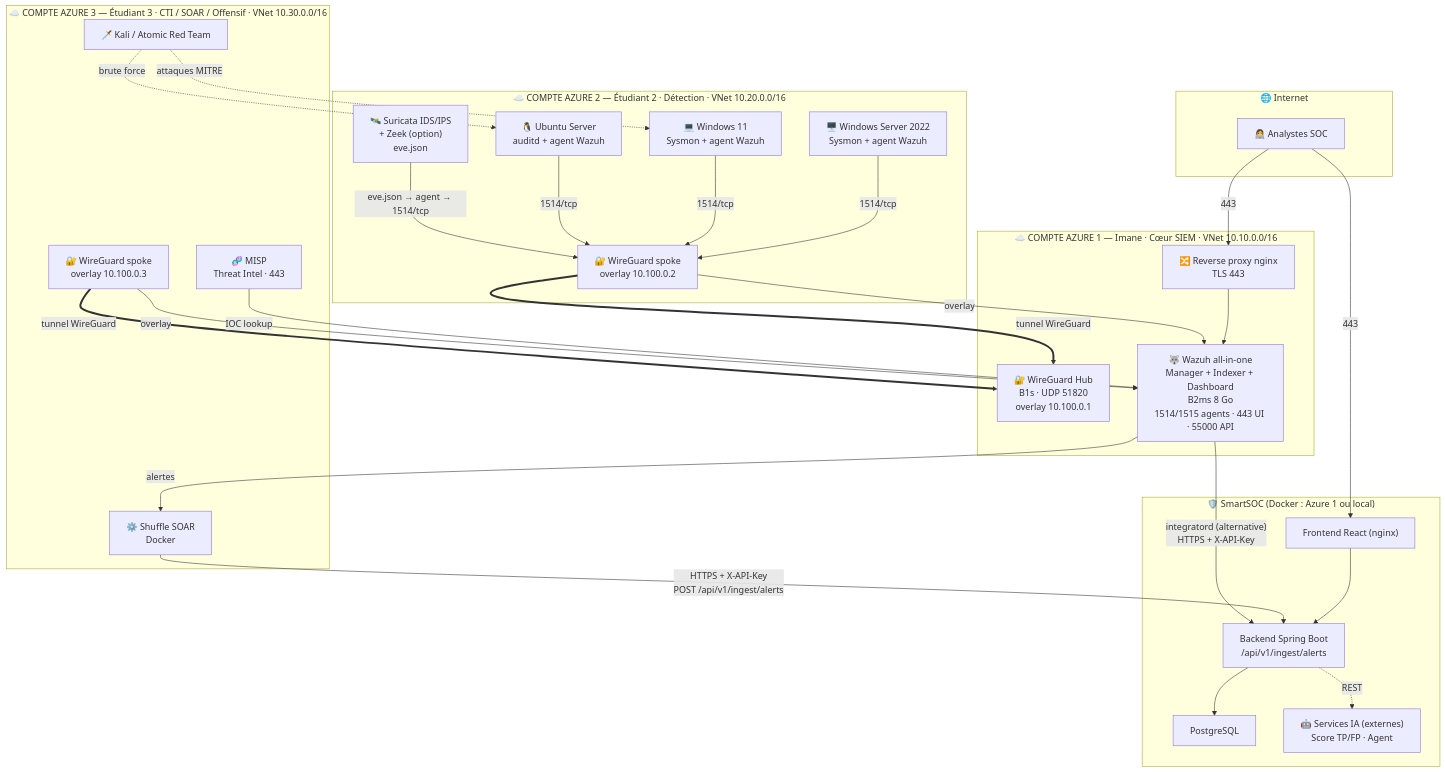
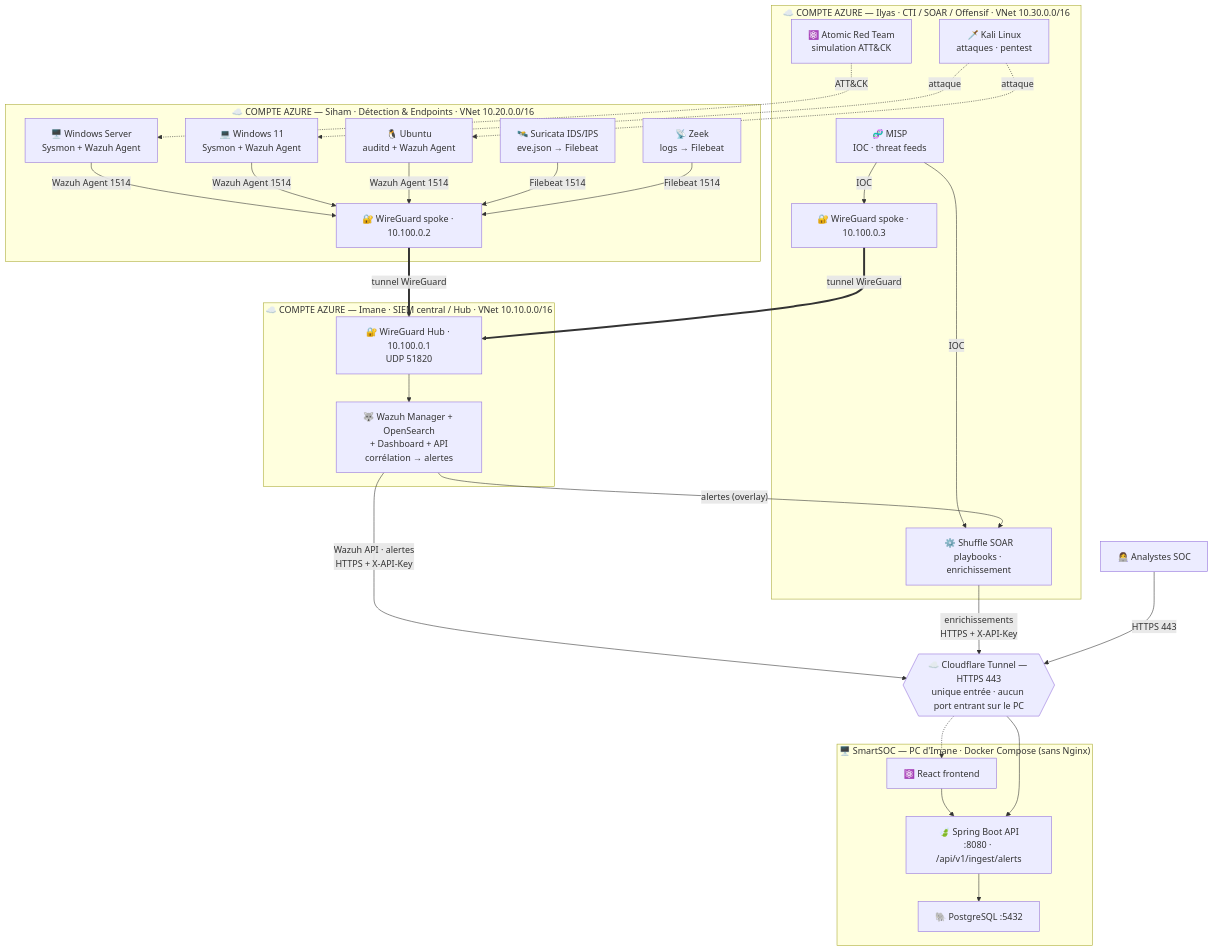
Before and after one commit to imanehajjou2025-lab/smartsoc-enterprise: the diagram in docs/architecture/soc/SOC-ARCHITECTURE.md, drawn with Mermaid. The commit also changed other lines of this file and 1 other file, not shown here.

Commit message:
docs(soc): correct SOC architecture diagram and flows
- Remove Nginx entirely: Cloudflare Tunnel exposes Spring Boot directly
  as the single HTTPS entry point (outbound-only, no inbound port on PC)
- Siham (detection) never talks to SmartSOC: only sends logs to Imane's
  Wazuh Manager via WireGuard
- Two paths to SmartSOC (Wazuh API and Shuffle), both via Cloudflare
  Tunnel only
- MISP feeds IOC to both Wazuh and Shuffle
- Explicit attack flow: Ilyas (Kali/Atomic Red Team) -> Siham endpoints
  -> detection -> Wazuh -> correlation -> alerts
- Use real student names (Siham, Ilyas) instead of Etudiant 2/3
- Update ports table, roadmap, integration flow and PFE journal

````diff
--- a/docs/architecture/soc/SOC-ARCHITECTURE.md
+++ b/docs/architecture/soc/SOC-ARCHITECTURE.md
@@ -44,65 +44,65 @@
 ```mermaid
 flowchart TB
-    subgraph INET["🌐 Internet"]
-        ANALYST["👩‍💻 Analystes SOC"]
+    subgraph AZ3["☁️ COMPTE AZURE — Ilyas · CTI / SOAR / Offensif · VNet 10.30.0.0/16"]
+        KALI["🗡️ Kali Linux<br/>attaques · pentest"]
+        ATOMIC["⚛️ Atomic Red Team<br/>simulation ATT&CK"]
+        MISP["🧬 MISP<br/>IOC · threat feeds"]
+        SHUFFLE["⚙️ Shuffle SOAR<br/>playbooks · enrichissement"]
+        WGS3["🔐 WireGuard spoke · 10.100.0.3"]
     end
 
-    subgraph AZ1["☁️ COMPTE AZURE 1 — Imane · Cœur SIEM · VNet 10.10.0.0/16"]
-        WGHUB["🔐 WireGuard Hub<br/>B1s · UDP 51820<br/>overlay 10.100.0.1"]
-        RP["🔀 Reverse proxy nginx<br/>TLS 443"]
-        WAZUH["🐺 Wazuh all-in-one<br/>Manager + Indexer + Dashboard<br/>B2ms 8 Go<br/>1514/1515 agents · 443 UI · 55000 API"]
-        RP --> WAZUH
+    subgraph AZ2["☁️ COMPTE AZURE — Siham · Détection & Endpoints · VNet 10.20.0.0/16"]
+        WINSRV["🖥️ Windows Server<br/>Sysmon + Wazuh Agent"]
+        WIN11["💻 Windows 11<br/>Sysmon + Wazuh Agent"]
+        UBU["🐧 Ubuntu<br/>auditd + Wazuh Agent"]
+        SURICATA["🛰️ Suricata IDS/IPS<br/>eve.json → Filebeat"]
+        ZEEK["📡 Zeek<br/>logs → Filebeat"]
+        WGS2["🔐 WireGuard spoke · 10.100.0.2"]
     end
 
-    subgraph AZ2["☁️ COMPTE AZURE 2 — Étudiant 2 · Détection · VNet 10.20.0.0/16"]
-        WGS2["🔐 WireGuard spoke<br/>overlay 10.100.0.2"]
-        SURICATA["🛰️ Suricata IDS/IPS<br/>+ Zeek (option)<br/>eve.json"]
-        WINSRV["🖥️ Windows Server 2022<br/>Sysmon + agent Wazuh"]
-        WIN11["💻 Windows 11<br/>Sysmon + agent Wazuh"]
-        UBU["🐧 Ubuntu Server<br/>auditd + agent Wazuh"]
+    subgraph AZ1["☁️ COMPTE AZURE — Imane · SIEM central / Hub · VNet 10.10.0.0/16"]
+        WGHUB["🔐 WireGuard Hub · 10.100.0.1<br/>UDP 51820"]
+        WAZUH["🐺 Wazuh Manager + OpenSearch<br/>+ Dashboard + API<br/>corrélation → alertes"]
     end
 
-    subgraph AZ3["☁️ COMPTE AZURE 3 — Étudiant 3 · CTI / SOAR / Offensif · VNet 10.30.0.0/16"]
-        WGS3["🔐 WireGuard spoke<br/>overlay 10.100.0.3"]
-        MISP["🧬 MISP<br/>Threat Intel · 443"]
-        SHUFFLE["⚙️ Shuffle SOAR<br/>Docker"]
-        REDTEAM["🗡️ Kali / Atomic Red Team"]
+    subgraph PC["🖥️ SmartSOC — PC d'Imane · Docker Compose (sans Nginx)"]
+        BACK["🍃 Spring Boot API<br/>:8080 · /api/v1/ingest/alerts"]
+        DB["🐘 PostgreSQL :5432"]
+        FRONT["⚛️ React frontend"]
+        FRONT --> BACK --> DB
     end
 
-    subgraph PLATFORM["🛡️ SmartSOC (Docker : Azure 1 ou local)"]
-        FRONT["Frontend React (nginx)"]
-        BACK["Backend Spring Boot<br/>/api/v1/ingest/alerts"]
-        DB["PostgreSQL"]
-        AI["🤖 Services IA (externes)<br/>Score TP/FP · Agent"]
-        FRONT --> BACK --> DB
-        BACK -.REST.-> AI
-    end
+    CF{{"☁️ Cloudflare Tunnel — HTTPS 443<br/>unique entrée · aucun port entrant sur le PC"}}
+    ANALYST["👩‍💻 Analystes SOC"]
 
-    %% Overlay VPN (tunnels chiffrés inter-comptes)
+    %% Attaques Ilyas -> endpoints Siham
+    KALI -. "attaque" .-> WIN11
+    KALI -. "attaque" .-> UBU
+    ATOMIC -. "ATT&CK" .-> WINSRV
+
+    %% Détection -> logs -> WireGuard -> Wazuh (Imane)
+    WINSRV -- "Wazuh Agent 1514" --> WGS2
+    WIN11 -- "Wazuh Agent 1514" --> WGS2
+    UBU -- "Wazuh Agent 1514" --> WGS2
+    SURICATA -- "Filebeat 1514" --> WGS2
+    ZEEK -- "Filebeat 1514" --> WGS2
     WGS2 == "tunnel WireGuard" ==> WGHUB
+    WGHUB --> WAZUH
+
+    %% CTI : MISP -> Wazuh (via overlay) ET MISP -> Shuffle
+    MISP -- "IOC" --> WGS3
     WGS3 == "tunnel WireGuard" ==> WGHUB
+    MISP -- "IOC" --> SHUFFLE
 
-    %% Flux de logs endpoints -> SIEM (via overlay, 1514/tcp)
-    WINSRV -- "1514/tcp" --> WGS2
-    WIN11 -- "1514/tcp" --> WGS2
-    UBU -- "1514/tcp" --> WGS2
-    SURICATA -- "eve.json → agent → 1514/tcp" --> WGS2
-    WGS2 -- "overlay" --> WAZUH
+    %% SOAR : Wazuh alertes -> Shuffle (via overlay)
+    WAZUH -- "alertes (overlay)" --> SHUFFLE
 
-    %% CTI / SOAR
-    MISP -- "IOC lookup" --> WAZUH
-    WGS3 -- "overlay" --> WAZUH
+    %% Vers SmartSOC : 2 chemins, uniquement via Cloudflare Tunnel
+    WAZUH -- "Wazuh API · alertes<br/>HTTPS + X-API-Key" --> CF
+    SHUFFLE -- "enrichissements<br/>HTTPS + X-API-Key" --> CF
+    CF --> BACK
 
-    %% Attaques red team -> endpoints
-    REDTEAM -. "attaques MITRE" .-> WIN11
-    REDTEAM -. "brute force" .-> UBU
-
-    %% Corrélation -> SOAR -> SmartSOC
-    WAZUH -- "alertes" --> SHUFFLE
-    SHUFFLE -- "HTTPS + X-API-Key<br/>POST /api/v1/ingest/alerts" --> BACK
-    WAZUH -- "integratord (alternative)<br/>HTTPS + X-API-Key" --> BACK
-
-    %% Consoles
-    ANALYST -- "443" --> FRONT
-    ANALYST -- "443" --> RP
+    %% Analystes : même tunnel
+    ANALYST -- "HTTPS 443" --> CF
+    CF -.-> FRONT
 ```
````
